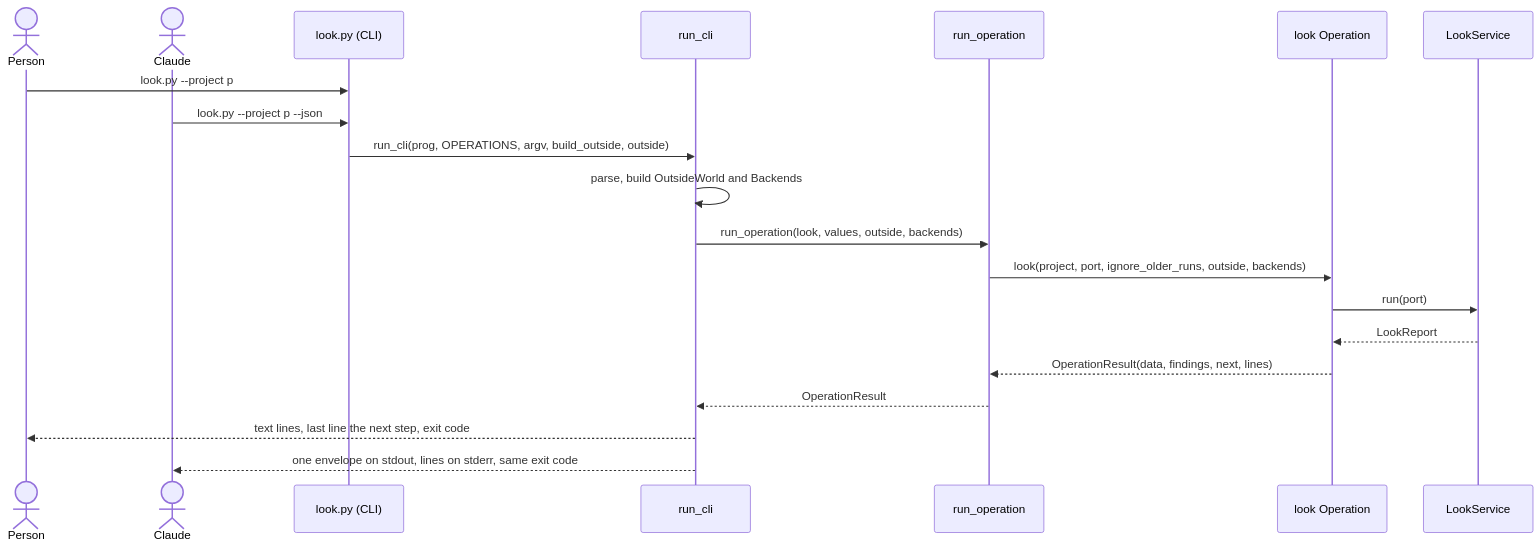
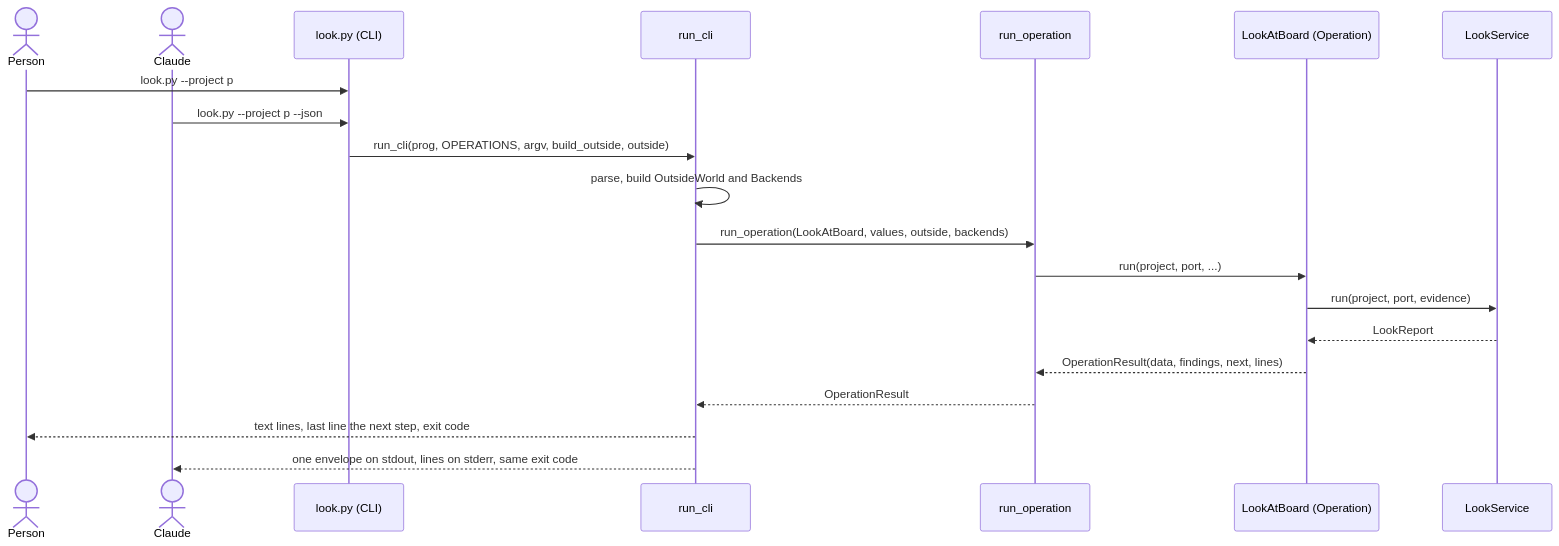
One commit to xmejkal/spark changed the third of 3 diagrams in docs/discovery/2026-10-19-p323-target-architecture/architecture/README.md. Above: the diagram before and after it, drawn with Mermaid. The commit also changed other lines of this file and 6 other files, not shown here.

````diff
--- a/docs/discovery/2026-10-19-p323-target-architecture/architecture/README.md
+++ b/docs/discovery/2026-10-19-p323-target-architecture/architecture/README.md
@@ -141,22 +146,22 @@
 ```mermaid
 sequenceDiagram
   actor P as Person
   actor C as Claude
   participant CLI as look.py (CLI)
   participant RC as run_cli
   participant RO as run_operation
-  participant O as look Operation
+  participant O as LookAtBoard (Operation)
   participant S as LookService
   P->>CLI: look.py --project p
   C->>CLI: look.py --project p --json
   CLI->>RC: run_cli(prog, OPERATIONS, argv, build_outside, outside)
   RC->>RC: parse, build OutsideWorld and Backends
-  RC->>RO: run_operation(look, values, outside, backends)
-  RO->>O: look(project, port, ignore_older_runs, outside, backends)
-  O->>S: run(port)
+  RC->>RO: run_operation(LookAtBoard, values, outside, backends)
+  RO->>O: run(project, port, ...)
+  O->>S: run(project, port, evidence)
   S-->>O: LookReport
   O-->>RO: OperationResult(data, findings, next, lines)
   RO-->>RC: OperationResult
   RC-->>P: text lines, last line the next step, exit code
   RC-->>C: one envelope on stdout, lines on stderr, same exit code
 ```
````
